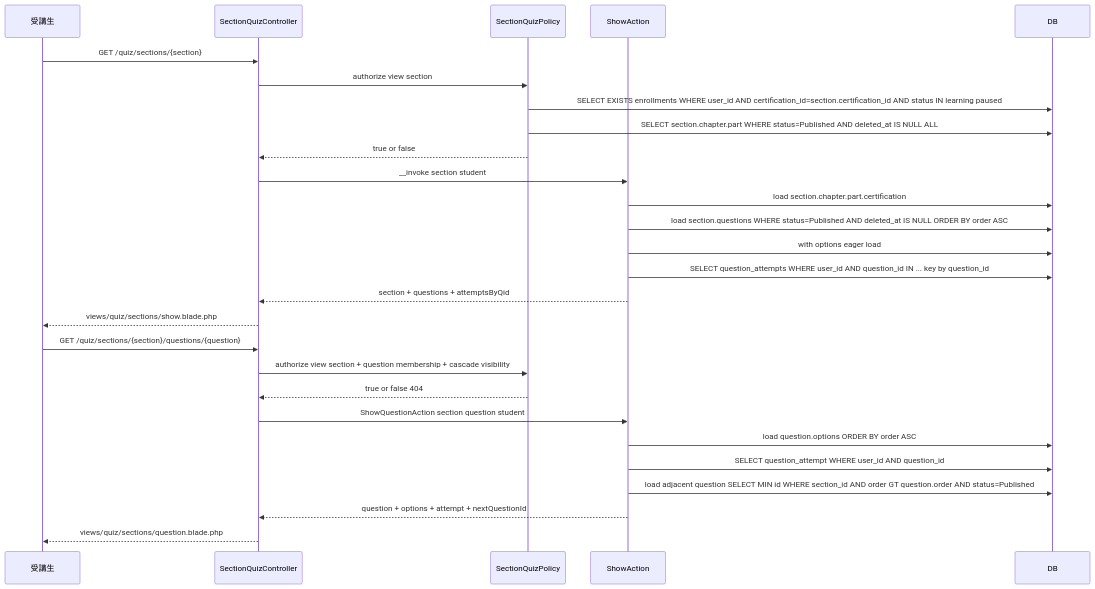
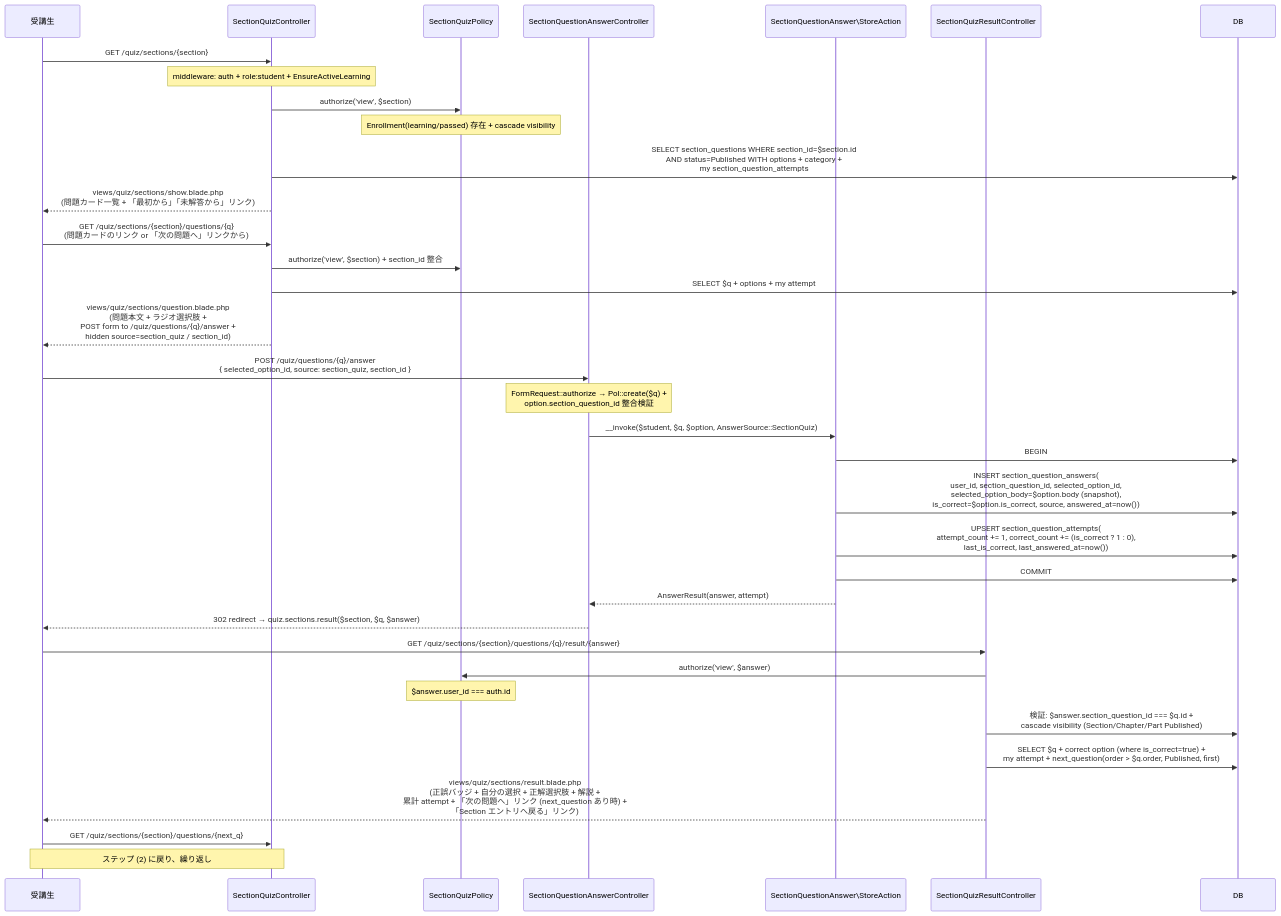
One commit to coachtech-mockcase-second/ExampleAnswer-mockcase-CertifyLMS changed the second of 5 diagrams in docs/specs/quiz-answering/design.md. Above: the diagram before and after it, drawn with Mermaid. The commit also changed other lines of this file and 67 other files, not shown here.

````diff
--- a/docs/specs/quiz-answering/design.md
+++ b/docs/specs/quiz-answering/design.md
@@ -74,31 +68,47 @@
 ```mermaid
 sequenceDiagram
     participant Student as 受講生
     participant SQC as SectionQuizController
     participant Pol as SectionQuizPolicy
-    participant SA as ShowAction
+    participant SQA as SectionQuestionAnswerController
+    participant SAA as SectionQuestionAnswer\StoreAction
+    participant SQR as SectionQuizResultController
     participant DB as DB
 
+    %% (1) Section エントリ
     Student->>SQC: GET /quiz/sections/{section}
-    SQC->>Pol: authorize view section
-    Pol->>DB: SELECT EXISTS enrollments WHERE user_id AND certification_id=section.certification_id AND status IN learning paused
-    Pol->>DB: SELECT section.chapter.part WHERE status=Published AND deleted_at IS NULL ALL
-    Pol-->>SQC: true or false
-    SQC->>SA: __invoke section student
-    SA->>DB: load section.chapter.part.certification
-    SA->>DB: load section.questions WHERE status=Published AND deleted_at IS NULL ORDER BY order ASC
-    SA->>DB: with options eager load
-    SA->>DB: SELECT question_attempts WHERE user_id AND question_id IN ... key by question_id
-    SA-->>SQC: section + questions + attemptsByQid
-    SQC-->>Student: views/quiz/sections/show.blade.php
+    Note over SQC: middleware: auth + role:student + EnsureActiveLearning
+    SQC->>Pol: authorize('view', $section)
+    Note over Pol: Enrollment(learning/passed) 存在 + cascade visibility
+    SQC->>DB: SELECT section_questions WHERE section_id=$section.id<br/>AND status=Published WITH options + category +<br/>my section_question_attempts
+    SQC-->>Student: views/quiz/sections/show.blade.php<br/>(問題カード一覧 + 「最初から」「未解答から」リンク)
 
-    Student->>SQC: GET /quiz/sections/{section}/questions/{question}
-    SQC->>Pol: authorize view section + question membership + cascade visibility
-    Pol-->>SQC: true or false 404
-    SQC->>SA: ShowQuestionAction section question student
-    SA->>DB: load question.options ORDER BY order ASC
-    SA->>DB: SELECT question_attempt WHERE user_id AND question_id
-    SA->>DB: load adjacent question SELECT MIN id WHERE section_id AND order GT question.order AND status=Published
-    SA-->>SQC: question + options + attempt + nextQuestionId
-    SQC-->>Student: views/quiz/sections/question.blade.php
+    %% (2) 出題画面
+    Student->>SQC: GET /quiz/sections/{section}/questions/{q}<br/>(問題カードのリンク or 「次の問題へ」リンクから)
+    SQC->>Pol: authorize('view', $section) + section_id 整合
+    SQC->>DB: SELECT $q + options + my attempt
+    SQC-->>Student: views/quiz/sections/question.blade.php<br/>(問題本文 + ラジオ選択肢 +<br/>POST form to /quiz/questions/{q}/answer +<br/>hidden source=section_quiz / section_id)
+
+    %% (3) 解答送信 → サーバ処理 → 302 redirect
+    Student->>SQA: POST /quiz/questions/{q}/answer<br/>{ selected_option_id, source: section_quiz, section_id }
+    Note over SQA: FormRequest::authorize → Pol::create($q) +<br/>option.section_question_id 整合検証
+    SQA->>SAA: __invoke($student, $q, $option, AnswerSource::SectionQuiz)
+    SAA->>DB: BEGIN
+    SAA->>DB: INSERT section_question_answers(<br/>user_id, section_question_id, selected_option_id,<br/>selected_option_body=$option.body (snapshot),<br/>is_correct=$option.is_correct, source, answered_at=now())
+    SAA->>DB: UPSERT section_question_attempts(<br/>attempt_count += 1, correct_count += (is_correct ? 1 : 0),<br/>last_is_correct, last_answered_at=now())
+    SAA->>DB: COMMIT
+    SAA-->>SQA: AnswerResult(answer, attempt)
+    SQA-->>Student: 302 redirect → quiz.sections.result($section, $q, $answer)
+
+    %% (4) 結果画面
+    Student->>SQR: GET /quiz/sections/{section}/questions/{q}/result/{answer}
+    SQR->>Pol: authorize('view', $answer)
+    Note over Pol: $answer.user_id === auth.id
+    SQR->>DB: 検証: $answer.section_question_id === $q.id +<br/>cascade visibility (Section/Chapter/Part Published)
+    SQR->>DB: SELECT $q + correct option (where is_correct=true) +<br/>my attempt + next_question(order > $q.order, Published, first)
+    SQR-->>Student: views/quiz/sections/result.blade.php<br/>(正誤バッジ + 自分の選択 + 正解選択肢 + 解説 +<br/>累計 attempt + 「次の問題へ」リンク (next_question あり時) +<br/>「Section エントリへ戻る」リンク)
+
+    %% (5) 次の問題へ(Blade <a> リンクで GET)
+    Student->>SQC: GET /quiz/sections/{section}/questions/{next_q}
+    Note over Student, SQC: ステップ (2) に戻り、繰り返し
 ```
````
